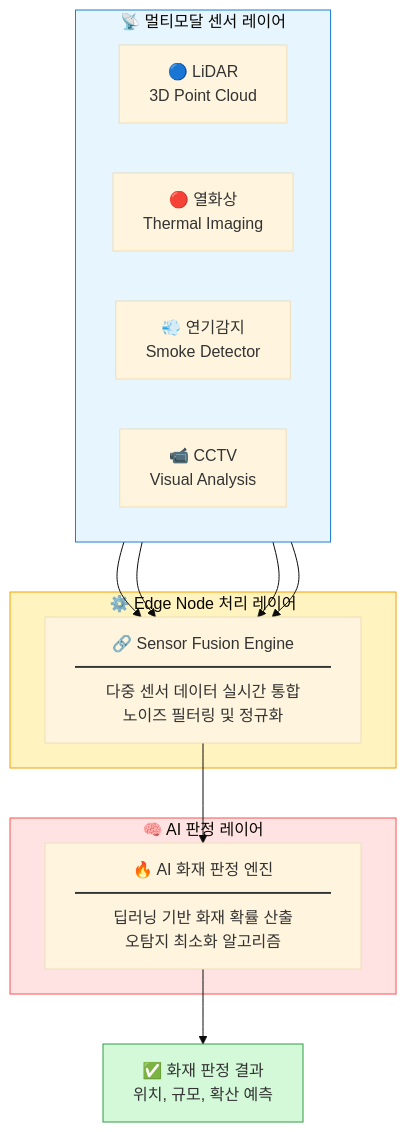
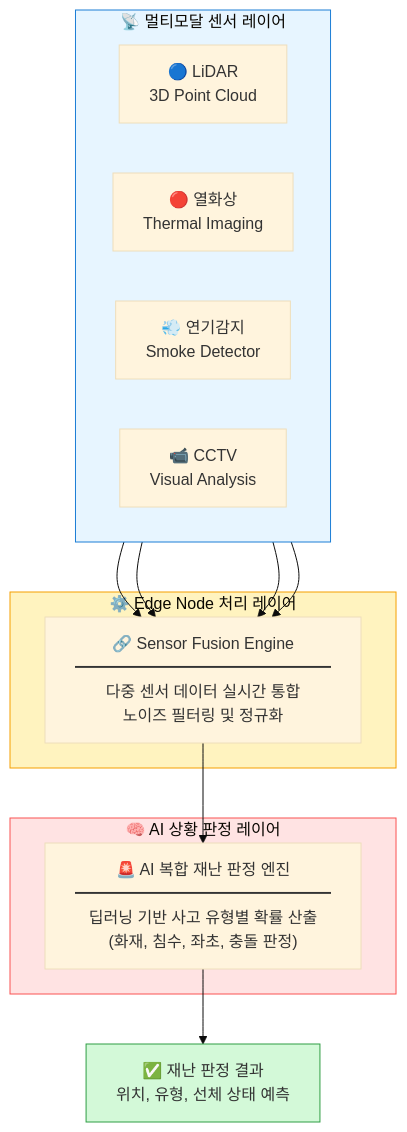
The eighth of 29 diagrams in report.md (ymseo741/isedss-presentation), drawn with Mermaid (base theme) before and after one commit. The commit also changed other lines of this file, not shown here.

````diff
--- a/report.md
+++ b/report.md
@@ -269,30 +269,30 @@
 ```mermaid
 flowchart TB
     subgraph 센서["📡 멀티모달 센서 레이어"]
         direction LR
         S1["🔵 LiDAR<br/>3D Point Cloud"]
         S2["🔴 열화상<br/>Thermal Imaging"]
         S3["💨 연기감지<br/>Smoke Detector"]
         S4["📹 CCTV<br/>Visual Analysis"]
     end
     
     subgraph 처리["⚙️ Edge Node 처리 레이어"]
         FUSION["🔗 Sensor Fusion Engine<br/>━━━━━━━━━━━━━━━━<br/>다중 센서 데이터 실시간 통합<br/>노이즈 필터링 및 정규화"]
     end
     
-    subgraph AI["🧠 AI 판정 레이어"]
-        ENGINE["🔥 AI 화재 판정 엔진<br/>━━━━━━━━━━━━━━━━<br/>딥러닝 기반 화재 확률 산출<br/>오탐지 최소화 알고리즘"]
+    subgraph AI["🧠 AI 상황 판정 레이어"]
+        ENGINE["🚨 AI 복합 재난 판정 엔진<br/>━━━━━━━━━━━━━━━━<br/>딥러닝 기반 사고 유형별 확률 산출<br/>(화재, 침수, 좌초, 충돌 판정)"]
     end
     
     S1 --> FUSION
     S2 --> FUSION
     S3 --> FUSION
     S4 --> FUSION
     FUSION --> ENGINE
-    ENGINE --> 결과["✅ 화재 판정 결과<br/>위치, 규모, 확산 예측"]
+    ENGINE --> 결과["✅ 재난 판정 결과<br/>위치, 유형, 선체 상태 예측"]
     
     style 센서 fill:#e7f5ff,stroke:#1c7ed6
     style 처리 fill:#fff3bf,stroke:#f59f00
     style AI fill:#ffe3e3,stroke:#fa5252
     style 결과 fill:#d3f9d8,stroke:#2f9e44
 ```
````
